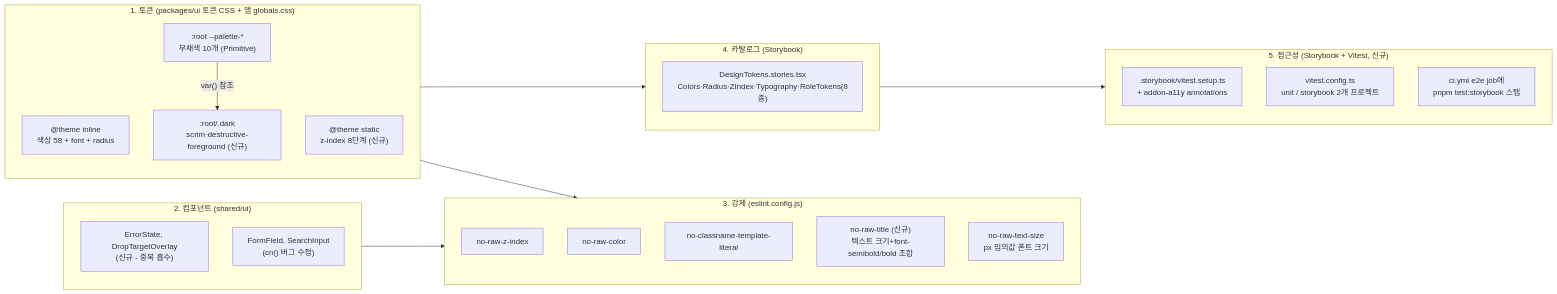
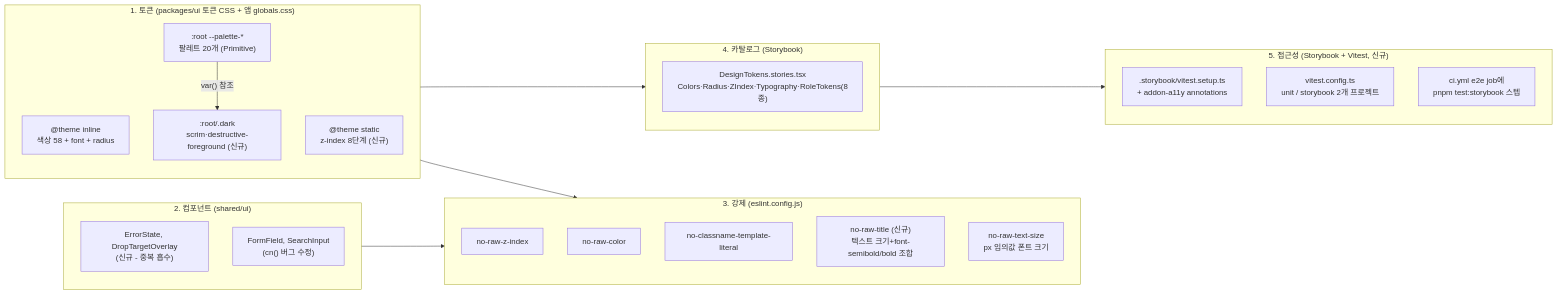
Before and after one commit to BAECHAN/link-sphere_FE_NEW: the second of 3 diagrams in docs/DESIGN-SYSTEM.md, drawn with Mermaid. The commit also changed other lines of this file and 14 other files, not shown here.

````diff
--- a/docs/DESIGN-SYSTEM.md
+++ b/docs/DESIGN-SYSTEM.md
@@ -88,33 +88,33 @@
 ```mermaid
 flowchart LR
     subgraph tokens ["1. 토큰 (packages/ui 토큰 CSS + 앱 globals.css)"]
         T1["@theme inline<br/>색상 58 + font + radius"]
         T2["@theme static<br/>z-index 8단계 (신규)"]
         T3[":root/.dark<br/>scrim·destructive-foreground (신규)"]
-        T0[":root --palette-*<br/>무채색 10개 (Primitive)"]
+        T0[":root --palette-*<br/>팔레트 20개 (Primitive)"]
     end
     T0 -->|"var() 참조"| T3
     subgraph components ["2. 컴포넌트 (shared/ui)"]
         C1["ErrorState, DropTargetOverlay<br/>(신규 - 중복 흡수)"]
         C2["FormField, SearchInput<br/>(cn() 버그 수정)"]
     end
     subgraph enforce ["3. 강제 (eslint.config.js)"]
         E1["no-raw-z-index"]
         E2["no-raw-color"]
         E3["no-classname-template-literal"]
         E4["no-raw-title (신규)<br/>텍스트 크기+font-semibold/bold 조합"]
         E5["no-raw-text-size<br/>px 임의값 폰트 크기"]
     end
     subgraph catalog ["4. 카탈로그 (Storybook)"]
         S1["DesignTokens.stories.tsx<br/>Colors·Radius·ZIndex·Typography·RoleTokens(8종)"]
     end
     subgraph a11y ["5. 접근성 (Storybook + Vitest, 신규)"]
         AX1[".storybook/vitest.setup.ts<br/>+ addon-a11y annotations"]
         AX2["vitest.config.ts<br/>unit / storybook 2개 프로젝트"]
         AX3["ci.yml e2e job에<br/>pnpm test:storybook 스텝"]
     end
     tokens --> enforce
     components --> enforce
     tokens --> catalog
     catalog --> a11y
 ```
````
